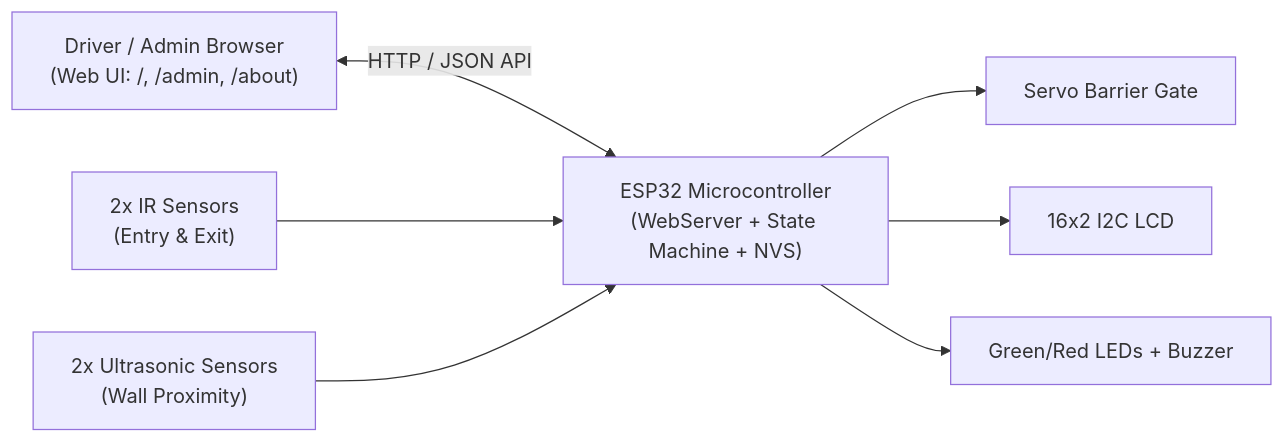
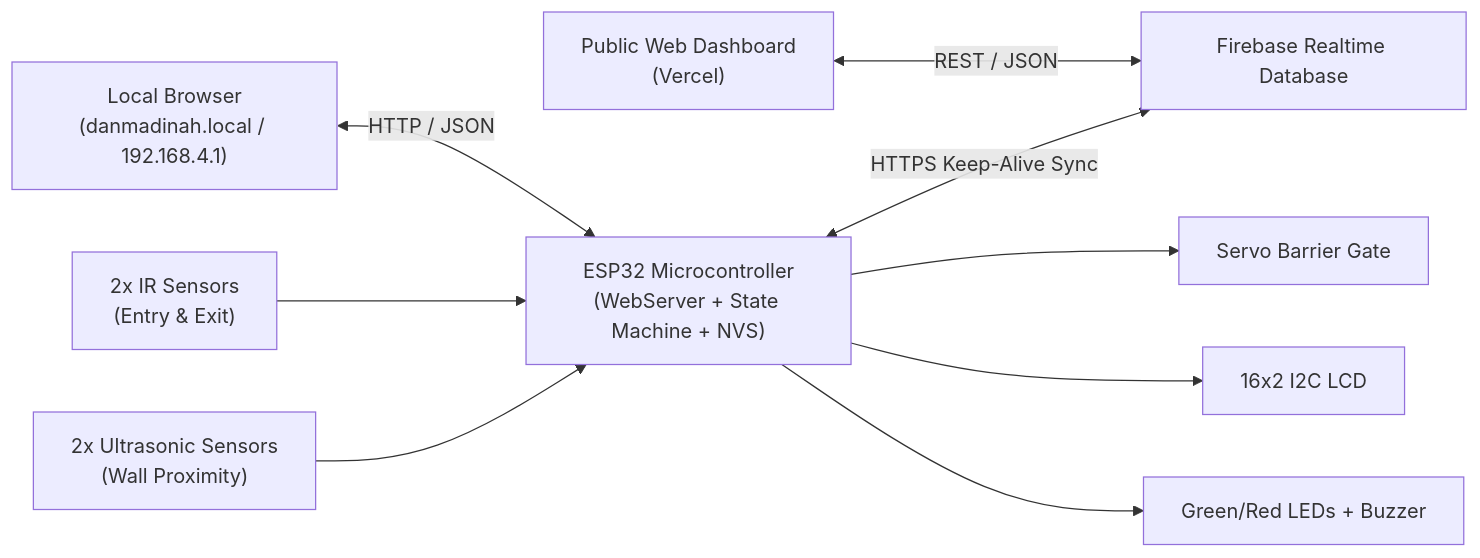
Before and after one commit to DanMadinah/IOT-Based-Smart-Parking-System: the diagram in README.md, drawn with Mermaid. The commit also changed other lines of this file and 2 other files, not shown here.

Commit message:
docs: add SECURITY.md, fix broken flowchart links, and polish README

````diff
--- a/README.md
+++ b/README.md
@@ -74,9 +39,11 @@
 ```mermaid
 flowchart LR
-    Phone["Driver / Admin Browser<br/>(Web UI: /, /admin, /about)"] <-->|HTTP / JSON API| ESP32["ESP32 Microcontroller<br/>(WebServer + State Machine + NVS)"]
+    Local["Local Browser<br/>(danmadinah.local / 192.168.4.1)"] <-->|HTTP / JSON| ESP32["ESP32 Microcontroller<br/>(WebServer + State Machine + NVS)"]
+    Cloud["Public Web Dashboard<br/>(Vercel)"] <-->|REST / JSON| Firebase["Firebase Realtime Database"]
+    ESP32 <-->|HTTPS Keep-Alive Sync| Firebase
     IR["2x IR Sensors<br/>(Entry & Exit)"] --> ESP32
     US["2x Ultrasonic Sensors<br/>(Wall Proximity)"] --> ESP32
     ESP32 --> Servo["Servo Barrier Gate"]
     ESP32 --> LCD["16x2 I2C LCD"]
     ESP32 --> Signals["Green/Red LEDs + Buzzer"]
 ```
````
